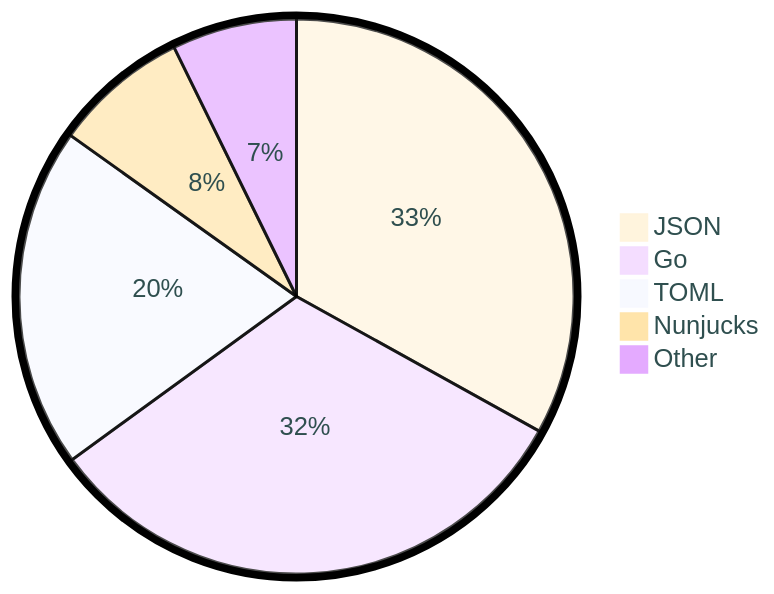
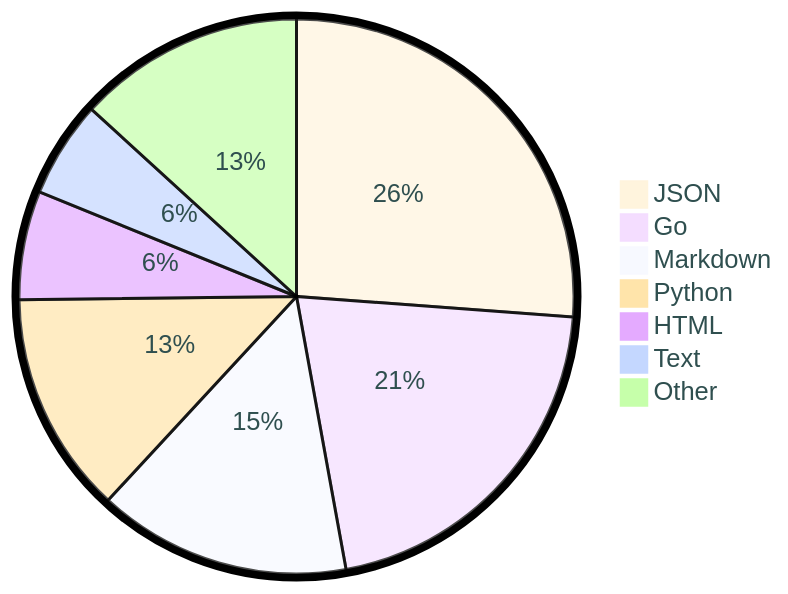
Before and after one commit to tot0p/tot0p: the diagram in README.md, drawn with Mermaid. The commit also changed other lines of this file, not shown here.

````diff
--- a/README.md
+++ b/README.md
@@ -125,9 +127,11 @@
 ```mermaid
 %%{init: {"pie": {"textPosition": 0.5}, "themeVariables": {"pieOuterStrokeWidth": "5px","primaryTextColor" : "#2F4F4F"},"theme":"base"} }%%
 pie
-	"JSON": 33.06
-	"Go": 31.93
-	"TOML": 19.87
-	"Nunjucks": 7.87
-	"Other": 7.2700000000000005
+	"JSON": 26.18
+	"Go": 20.96
+	"Markdown": 14.74
+	"Python": 12.93
+	"HTML": 6.34
+	"Text": 5.63
+	"Other": 13.22
 ```
````
